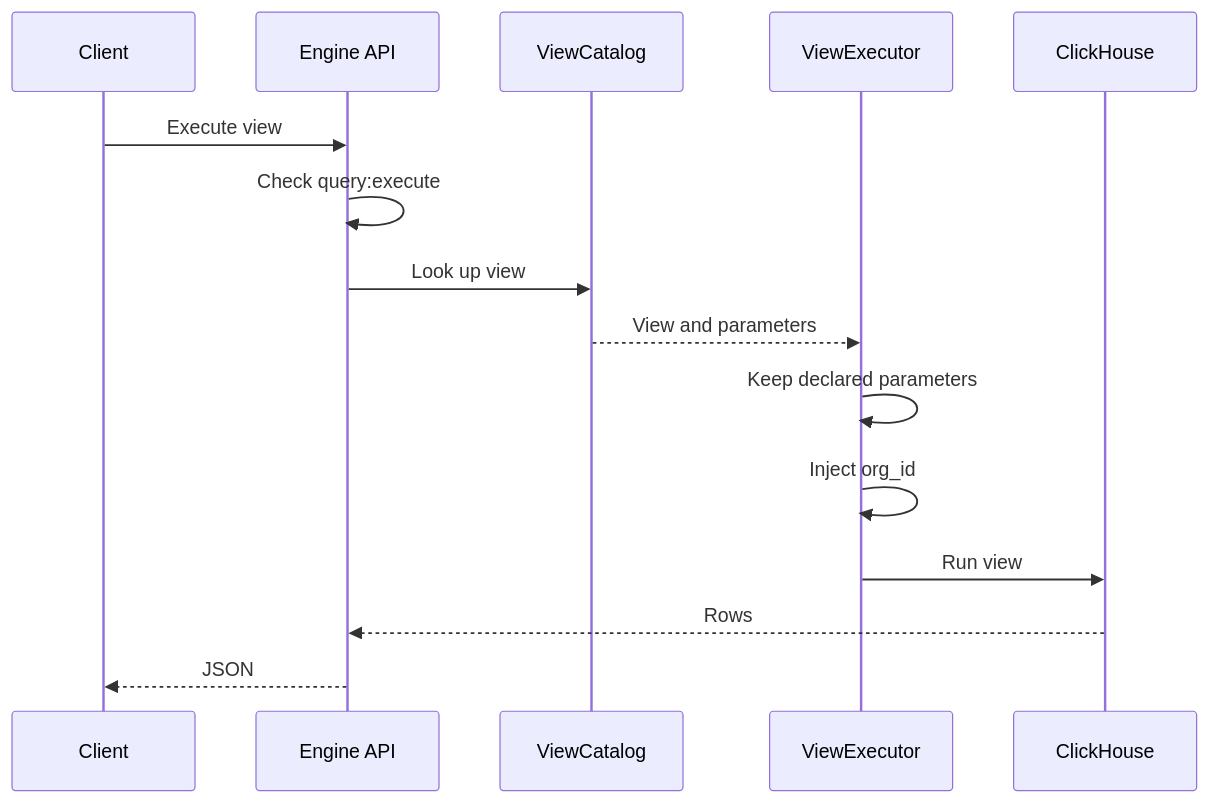
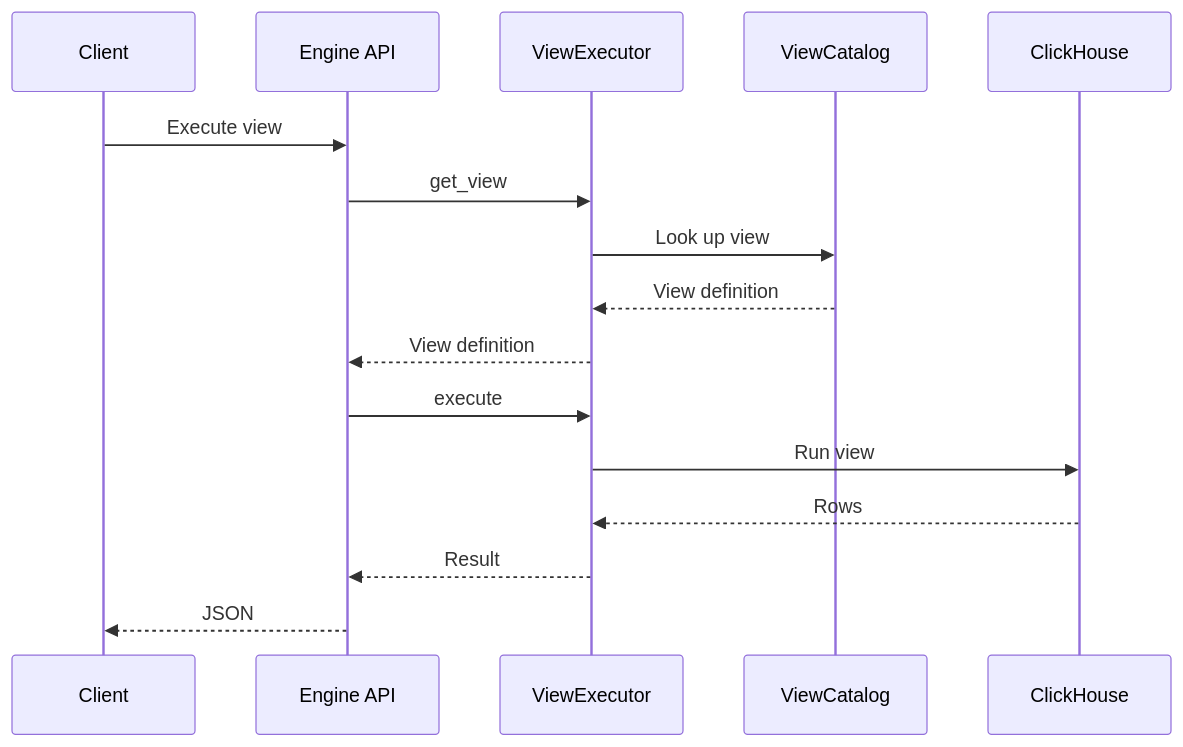
One commit to hyperi-io/dfe-engine changed the first of 4 diagrams in docs/data-plane/query-api.md. Above: the diagram before and after it, drawn with Mermaid. The commit also changed other lines of this file and 2 other files, not shown here.

Commit message:
docs(engine): fix four documentation errors
Restore "Buffering without a bus" in transports.md. The deployment README links to it. dfe-infra's mesh receiver profile still configures it.

dfe-transform-vector scales on ScalingPressure on the single, scale and mesh profiles, as the archiver and the other transforms do.

The charts poll the shim at /keda/pressure. That path is an alias for the pressure query on the generic /q/{name} route.

The view execution sequence shows the API fetching the view through the executor. ClickHouse answers the executor rather than the API.

````diff
--- a/docs/data-plane/query-api.md
+++ b/docs/data-plane/query-api.md
@@ -30,19 +30,20 @@
 ```mermaid
 sequenceDiagram
     accTitle: L4 Detail -- View execution
-    accDescr: The client posts to a view's execute route. The API checks the caller's scope. The executor looks the view up in the catalog, keeps the parameters the view declares, injects org_id from the auth context and runs the view on ClickHouse, and the rows return to the client as JSON.
+    accDescr: The client posts to a view's execute route. The API asks the executor for the view, which reads it from the catalog. The API then calls execute, and the executor keeps the declared parameters, injects org_id and runs the view on ClickHouse. The rows return to the executor, the result to the API and JSON to the client.
     participant client as Client
     participant api as Engine API
+    participant executor as ViewExecutor
     participant catalog as ViewCatalog
-    participant executor as ViewExecutor
     participant ch as ClickHouse
     client->>api: Execute view
-    api->>api: Check query:execute
-    api->>catalog: Look up view
-    catalog-->>executor: View and parameters
-    executor->>executor: Keep declared parameters
-    executor->>executor: Inject org_id
+    api->>executor: get_view
+    executor->>catalog: Look up view
+    catalog-->>executor: View definition
+    executor-->>api: View definition
+    api->>executor: execute
     executor->>ch: Run view
-    ch-->>api: Rows
+    ch-->>executor: Rows
+    executor-->>api: Result
     api-->>client: JSON
 ```
````
